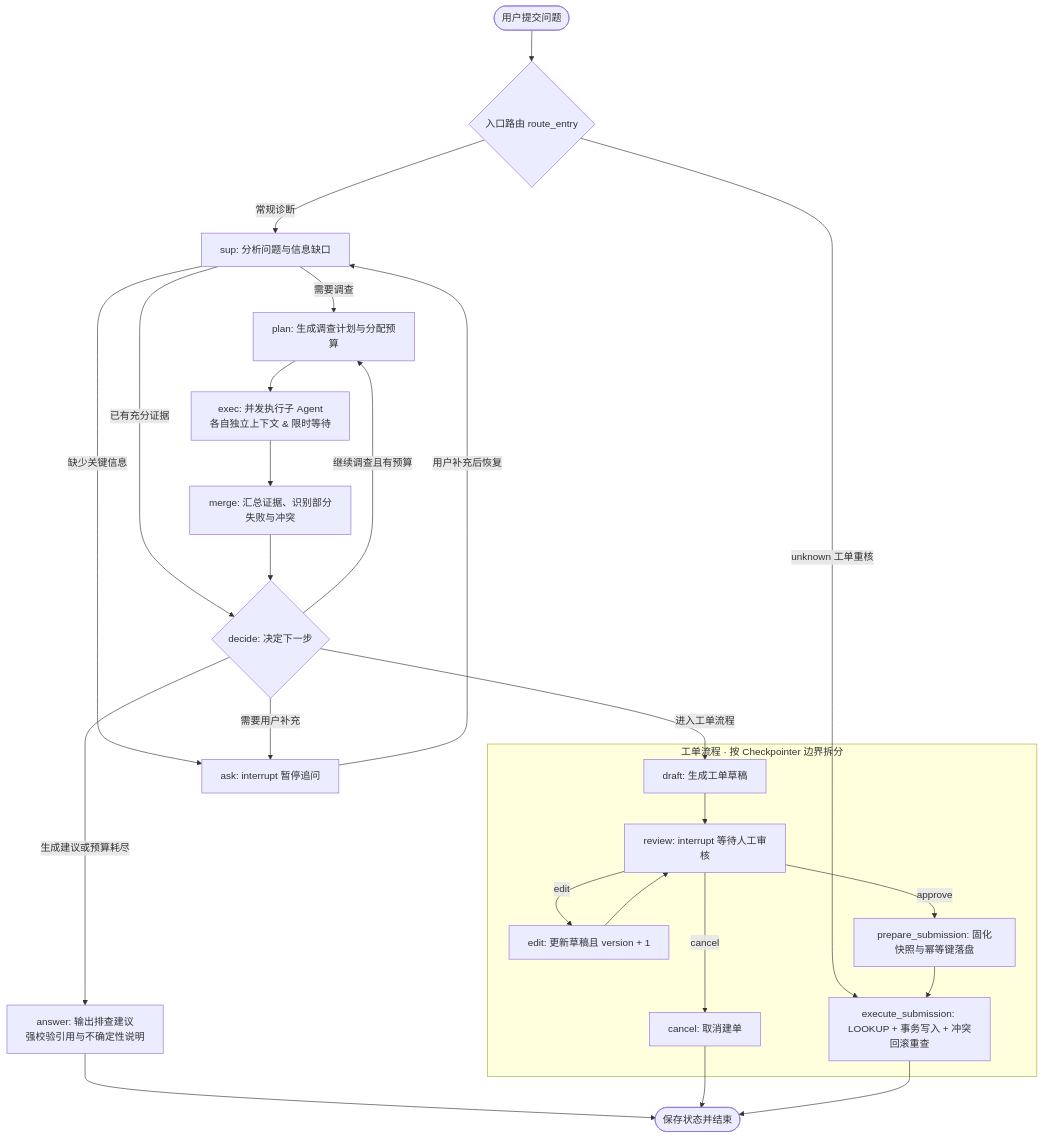
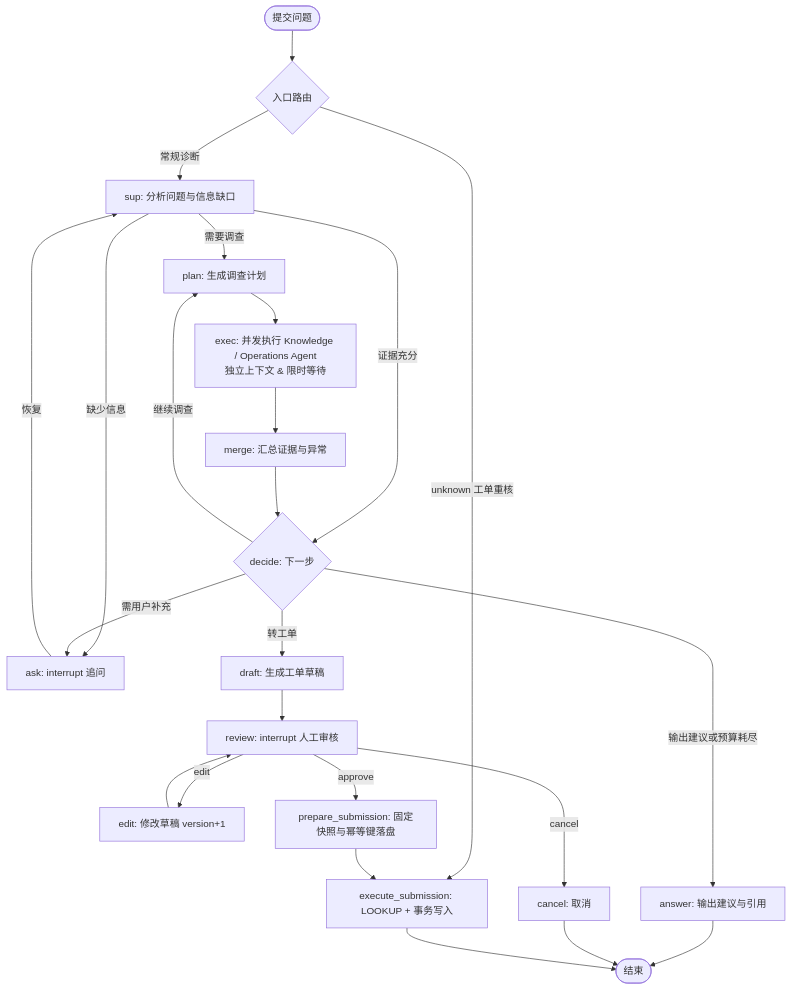
Before and after one commit to flipped2021/SupportFlow: the diagram in README.md, drawn with Mermaid. The commit also changed other lines of this file, not shown here.

````diff
--- a/README.md
+++ b/README.md
@@ -18,33 +11,31 @@
 ```mermaid
 flowchart TD
-    START([用户提交问题]) --> ROUTE{入口路由 route_entry}
+    START([提交问题]) --> ROUTE{入口路由}
     ROUTE -->|常规诊断| SUP[sup: 分析问题与信息缺口]
     ROUTE -->|unknown 工单重核| EXEC_SUB
 
-    SUP -->|缺少关键信息| ASK[ask: interrupt 暂停追问]
-    ASK -->|用户补充后恢复| SUP
-    SUP -->|需要调查| PLAN[plan: 生成调查计划与分配预算]
-    SUP -->|已有充分证据| DECIDE
+    SUP -->|缺少信息| ASK[ask: interrupt 追问]
+    ASK -->|恢复| SUP
+    SUP -->|需要调查| PLAN[plan: 生成调查计划]
+    SUP -->|证据充分| DECIDE
 
-    PLAN --> EXEC[exec: 并发执行子 Agent<br/>各自独立上下文 & 限时等待]
-    EXEC --> MERGE[merge: 汇总证据、识别部分失败与冲突]
-    MERGE --> DECIDE{decide: 决定下一步}
+    PLAN --> EXEC[exec: 并发执行 Knowledge / Operations Agent<br/>独立上下文 & 限时等待]
+    EXEC --> MERGE[merge: 汇总证据与异常]
+    MERGE --> DECIDE{decide: 下一步}
 
-    DECIDE -->|继续调查且有预算| PLAN
-    DECIDE -->|需要用户补充| ASK
-    DECIDE -->|生成建议或预算耗尽| ANSWER[answer: 输出排查建议<br/>强校验引用与不确定性说明]
-    DECIDE -->|进入工单流程| DRAFT
+    DECIDE -->|继续调查| PLAN
+    DECIDE -->|需用户补充| ASK
+    DECIDE -->|输出建议或预算耗尽| ANSWER[answer: 输出建议与引用]
+    DECIDE -->|转工单| DRAFT[draft: 生成工单草稿]
 
-    subgraph TICKET["工单流程 · 按 Checkpointer 边界拆分"]
-        DRAFT[draft: 生成工单草稿] --> REVIEW[review: interrupt 等待人工审核]
-        REVIEW -->|edit| EDIT[edit: 更新草稿且 version + 1]
-        EDIT --> REVIEW
-        REVIEW -->|cancel| CANCEL[cancel: 取消建单]
-        REVIEW -->|approve| PREP_SUB[prepare_submission: 固化快照与幂等键落盘]
-        PREP_SUB --> EXEC_SUB[execute_submission: LOOKUP + 事务写入 + 冲突回滚重查]
-    end
+    DRAFT --> REVIEW[review: interrupt 人工审核]
+    REVIEW -->|edit| EDIT[edit: 修改草稿 version+1]
+    EDIT --> REVIEW
+    REVIEW -->|cancel| CANCEL[cancel: 取消]
+    REVIEW -->|approve| PREP_SUB[prepare_submission: 固定快照与幂等键落盘]
+    PREP_SUB --> EXEC_SUB[execute_submission: LOOKUP + 事务写入]
 
-    ANSWER --> END([保存状态并结束])
+    ANSWER --> END([结束])
     CANCEL --> END
     EXEC_SUB --> END
 ```
````
